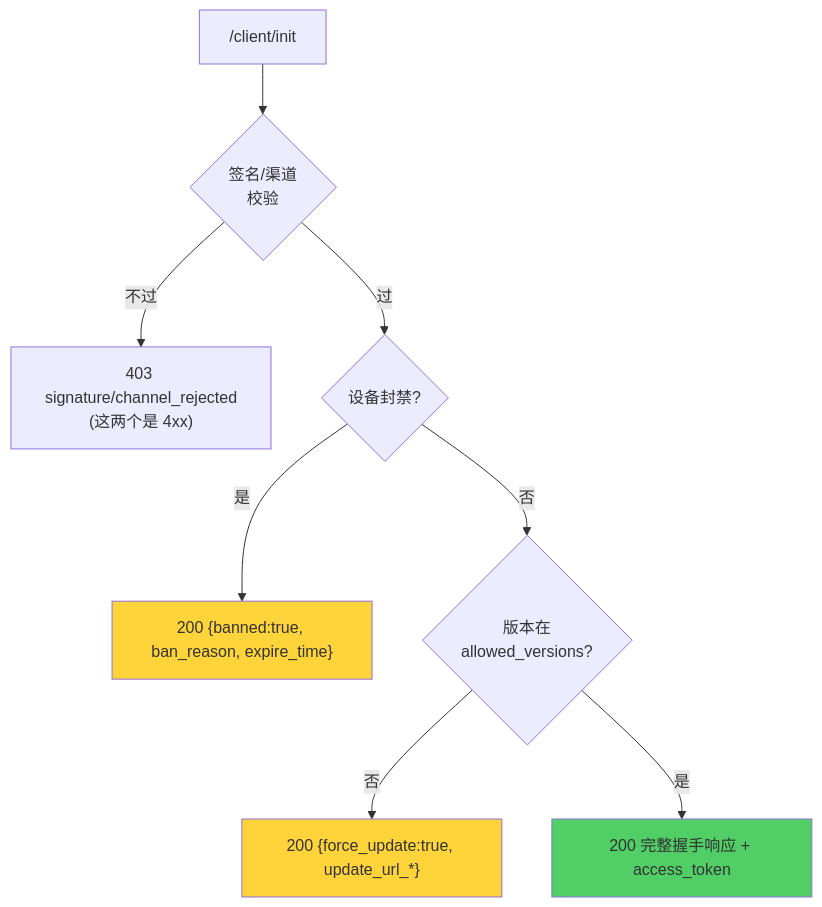
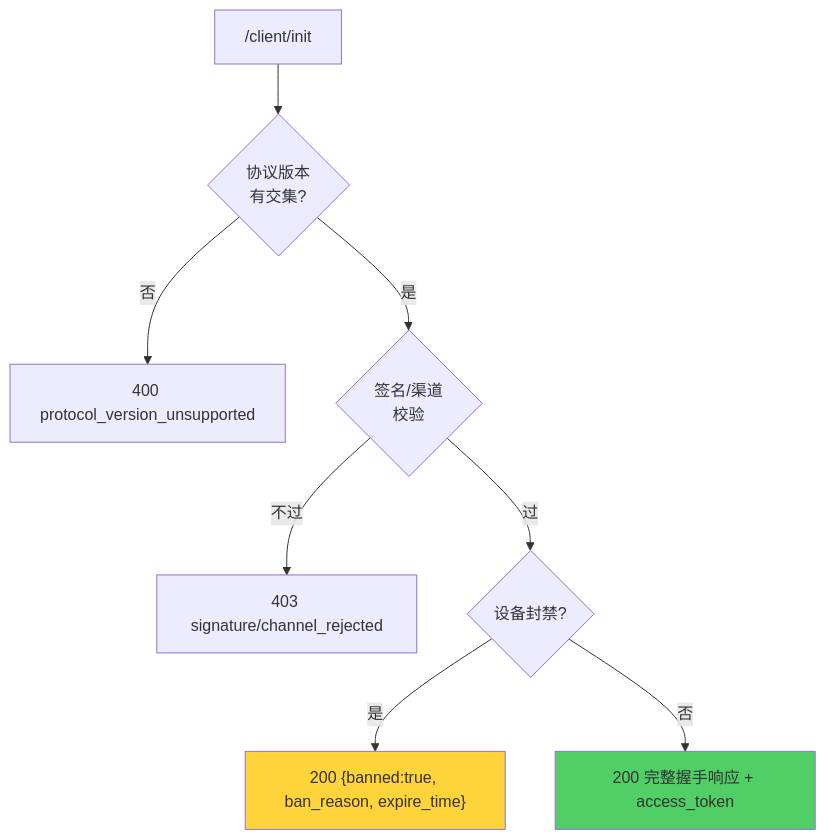
One commit to MagirecoCN-Revival-Project/magireco-cnv-server changed the third of 3 diagrams in docs/architecture/client-protocol.md. Above: the diagram before and after it, drawn with Mermaid. The commit also changed other lines of this file and 32 other files, not shown here.

````diff
--- a/docs/architecture/client-protocol.md
+++ b/docs/architecture/client-protocol.md
@@ -82,14 +139,13 @@
 ```mermaid
 flowchart TB
-    REQ["/client/init"] --> SIG{签名/渠道<br/>校验}
-    SIG -->|不过| F403["403 signature/channel_rejected<br/>(这两个是 4xx)"]
+    REQ["/client/init"] --> PV{协议版本<br/>有交集?}
+    PV -->|否| F400["400 protocol_version_unsupported"]
+    PV -->|是| SIG{签名/渠道<br/>校验}
+    SIG -->|不过| F403["403 signature/channel_rejected"]
     SIG -->|过| BAN{设备封禁?}
     BAN -->|是| RB["200 {banned:true, ban_reason, expire_time}"]
-    BAN -->|否| VER{版本在<br/>allowed_versions?}
-    VER -->|否| RF["200 {force_update:true, update_url_*}"]
-    VER -->|是| OK["200 完整握手响应 + access_token"]
+    BAN -->|否| OK["200 完整握手响应 + access_token"]
 
     style RB fill:#ffd43b
-    style RF fill:#ffd43b
     style OK fill:#51cf66
 ```
````
